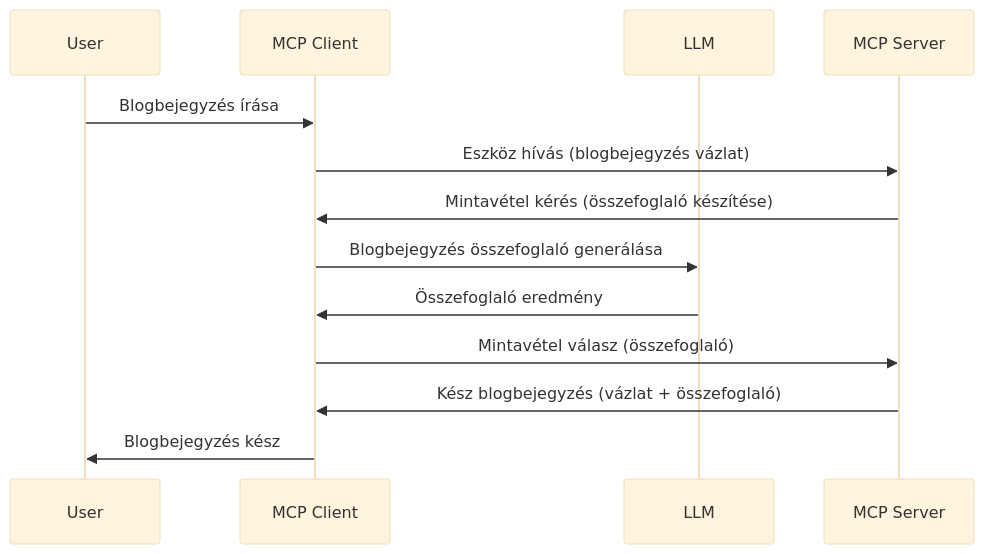
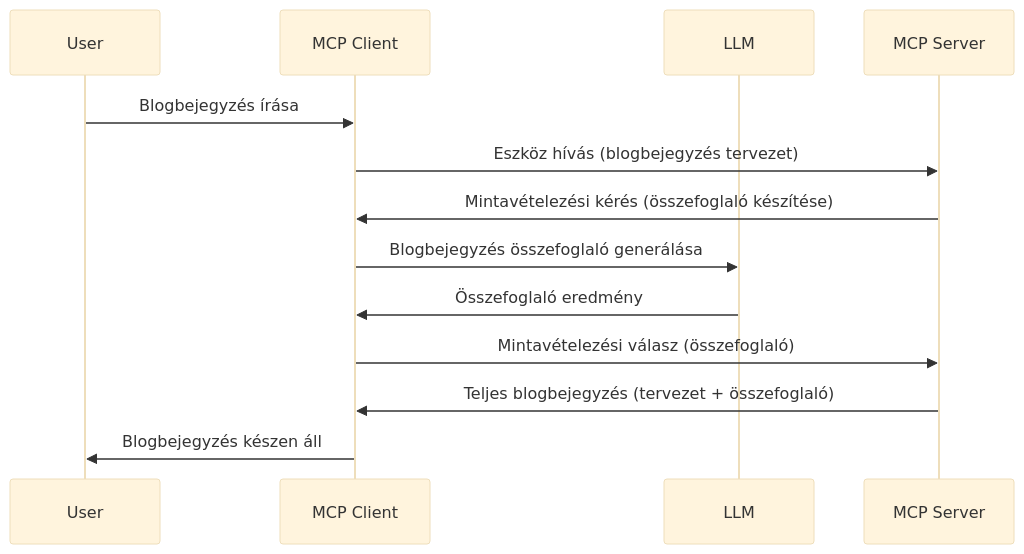
One commit to HIDORAKAI002/ai-workspace-archive changed the diagram in mcp_ecosystem__model_context_protocol/mcp_learning_resources/mcp-for-beginners/translations/hu/03-GettingStarted/14-sampling/README.md. Above: the diagram before and after it, drawn with Mermaid (base theme). The commit also changed other lines of this file and 1160 other files, not shown here.

````diff
--- a/mcp_ecosystem__model_context_protocol/mcp_learning_resources/mcp-for-beginners/translations/hu/03-GettingStarted/14-sampling/README.md
+++ b/mcp_ecosystem__model_context_protocol/mcp_learning_resources/mcp-for-beginners/translations/hu/03-GettingStarted/14-sampling/README.md
@@ -23,16 +23,16 @@
 ```mermaid
 sequenceDiagram
     participant User
     participant MCP Client
     participant LLM
     participant MCP Server
 
     User->>MCP Client: Blogbejegyzés írása
-    MCP Client->>MCP Server: Eszköz hívás (blogbejegyzés vázlat)
-    MCP Server->>MCP Client: Mintavétel kérés (összefoglaló készítése)
+    MCP Client->>MCP Server: Eszköz hívás (blogbejegyzés tervezet)
+    MCP Server->>MCP Client: Mintavételezési kérés (összefoglaló készítése)
     MCP Client->>LLM: Blogbejegyzés összefoglaló generálása
     LLM->>MCP Client: Összefoglaló eredmény
-    MCP Client->>MCP Server: Mintavétel válasz (összefoglaló)
-    MCP Server->>MCP Client: Kész blogbejegyzés (vázlat + összefoglaló)
-    MCP Client->>User: Blogbejegyzés kész
+    MCP Client->>MCP Server: Mintavételezési válasz (összefoglaló)
+    MCP Server->>MCP Client: Teljes blogbejegyzés (tervezet + összefoglaló)
+    MCP Client->>User: Blogbejegyzés készen áll
 ```
````
